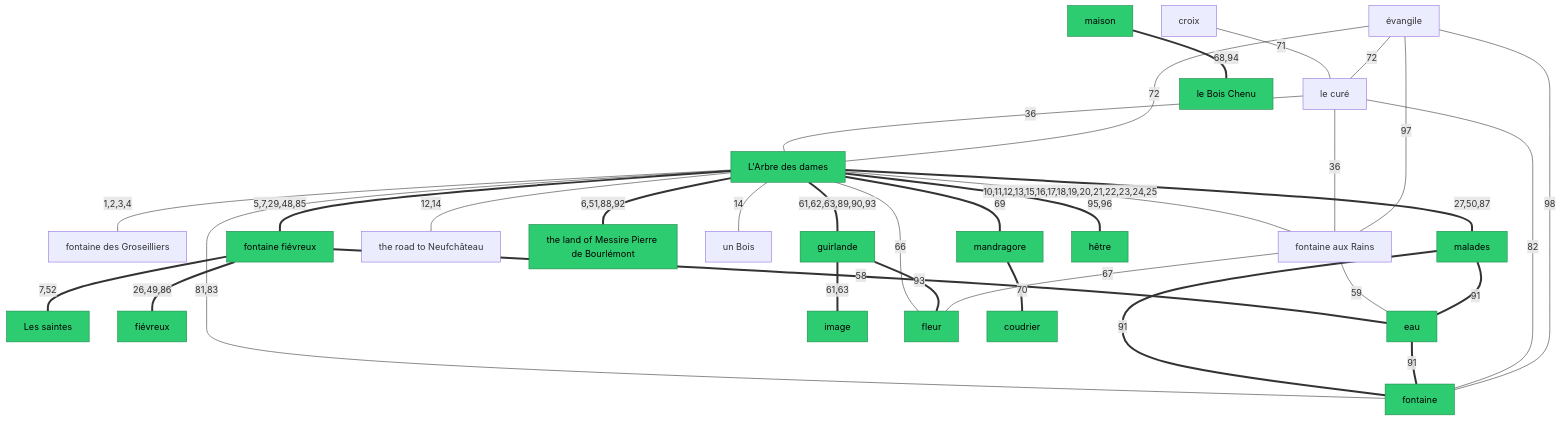
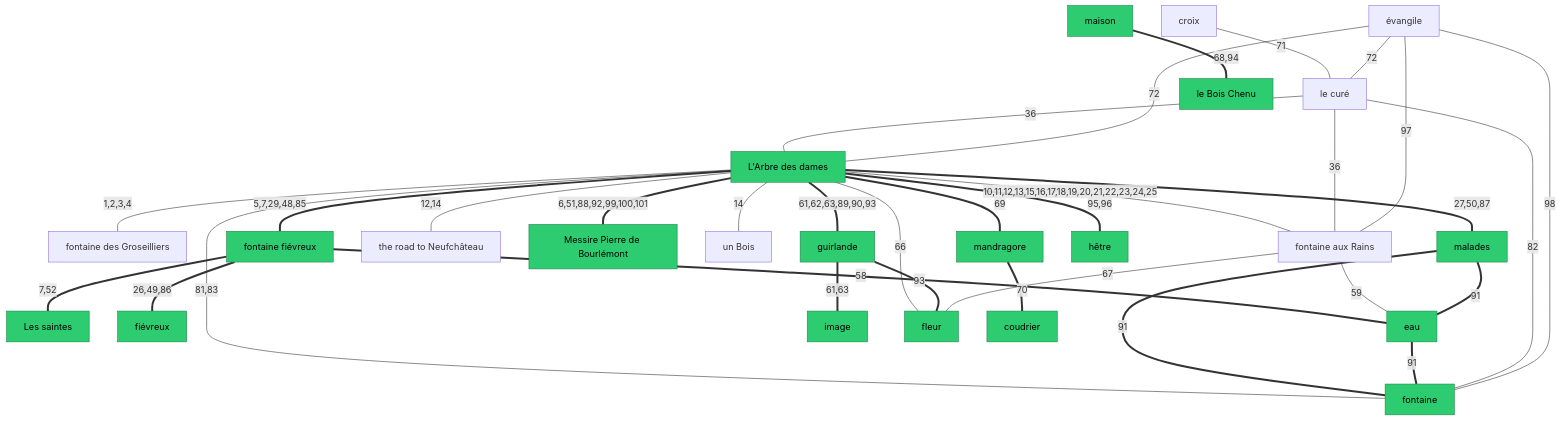
The diagram in breakout/combined.md (kitty-catt/the-location-of-the-arbre-des-dames-and-the-spring-of-joan-of-arc), drawn with Mermaid before and after one commit. The commit also changed other lines of this file and 2 other files, not shown here.

````diff
--- a/breakout/combined.md
+++ b/breakout/combined.md
@@ -675,63 +710,63 @@
 ```mermaid
 graph TD
     classDef jeanneSourced fill:#2ecc71,stroke:#1e8449,color:#000;
 
     N1["L'Arbre des dames"]
     N3["fontaine des Groseilliers"]
     N4["fontaine fiévreux"]
     N5["fontaine aux Rains"]
     N6["the road to Neufchâteau"]
-    N7["the land of Messire Pierre de Bourlémont"]
+    N39["Messire Pierre de Bourlémont"]
     N8["un Bois"]
     N9["Les saintes"]
     N10["fiévreux"]
     N11["malades"]
     N13["le curé"]
     N19["fontaine"]
     N24["eau"]
     N26["guirlande"]
     N27["image"]
     N29["fleur"]
     N30["maison"]
     N31["mandragore"]
     N32["coudrier"]
     N33["croix"]
     N34["évangile"]
     N36["le Bois Chenu"]
     N38["hêtre"]
 
     N1 -- "1,2,3,4" --- N3
     N1 == "5,7,29,48,85" === N4
-    N1 == "6,51,88,92" === N7
+    N1 == "6,51,88,92,99,100,101" === N39
     N4 == "7,52" === N9
     N4 == "26,49,86" === N10
     N1 == "27,50,87" === N11
     N1 -- "10,11,12,13,15,16,17,18,19,20,21,22,23,24,25" --- N5
     N1 -- "12,14" --- N6
     N1 -- "14" --- N8
     N1 -- "81,83" --- N19
     N4 == "58" === N24
     N5 -- "59" --- N24
     N1 == "61,62,63,89,90,93" === N26
     N26 == "61,63" === N27
     N1 -- "66" --- N29
     N26 == "93" === N29
     N5 -- "67" --- N29
     N30 == "68,94" === N36
     N1 == "69" === N31
     N31 == "70" === N32
     N11 == "91" === N19
     N24 == "91" === N19
     N11 == "91" === N24
     N13 -- "36" --- N1
     N13 -- "36" --- N5
     N13 -- "82" --- N19
     N33 -- "71" --- N13
     N34 -- "72" --- N1
     N34 -- "72" --- N13
     N34 -- "97" --- N5
     N34 -- "98" --- N19
     N1 == "95,96" === N38
 
-    class N1,N4,N7,N9,N10,N11,N19,N24,N26,N27,N29,N30,N31,N32,N36,N38 jeanneSourced
+    class N1,N4,N9,N10,N11,N19,N24,N26,N27,N29,N30,N31,N32,N36,N38,N39 jeanneSourced
 ```
````
